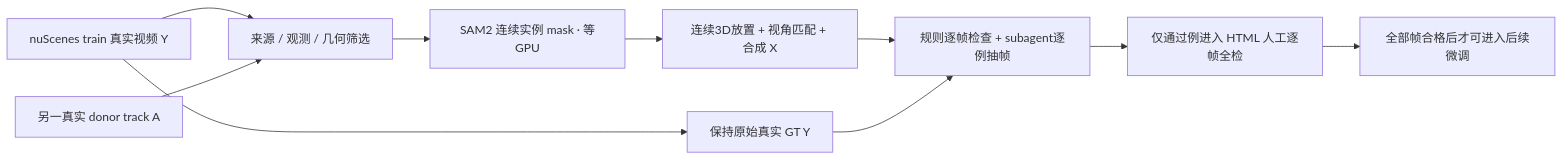
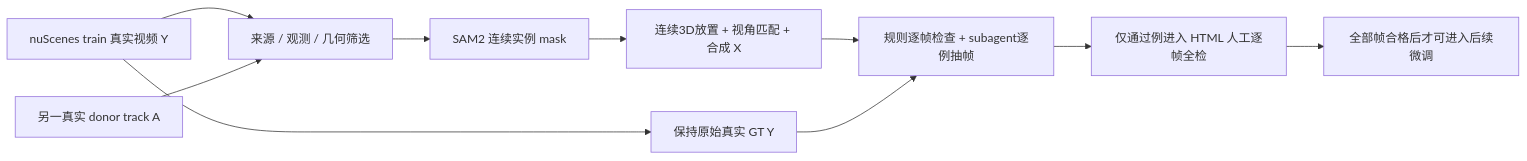
The diagram in docs/v77/TARGET_PROTECTED_QUALITY.md (yunlongdeng123/Motion-Proj), drawn with Mermaid before and after one commit. The commit also changed other lines of this file and 51 other files, not shown here.

````diff
--- a/docs/v77/TARGET_PROTECTED_QUALITY.md
+++ b/docs/v77/TARGET_PROTECTED_QUALITY.md
@@ -5,12 +5,12 @@
 ```mermaid
 flowchart LR
  R[nuScenes train 真实视频 Y] --> Q[来源 / 观测 / 几何筛选]
  D[另一真实 donor track A] --> Q
- Q --> S[SAM2 连续实例 mask · 等GPU]
+ Q --> S[SAM2 连续实例 mask]
  S --> C[连续3D放置 + 视角匹配 + 合成 X]
  R --> G[保持原始真实 GT Y]
  C --> A[规则逐帧检查 + subagent逐例抽帧]
  G --> A
  A --> H[仅通过例进入 HTML 人工逐帧全检]
  H --> T[全部帧合格后才可进入后续微调]
 ```
````
